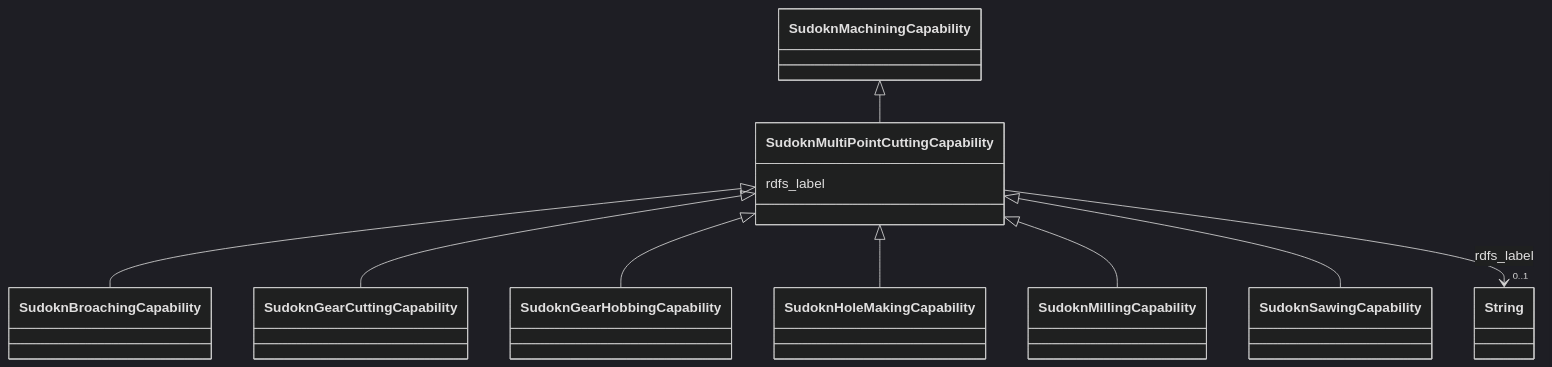
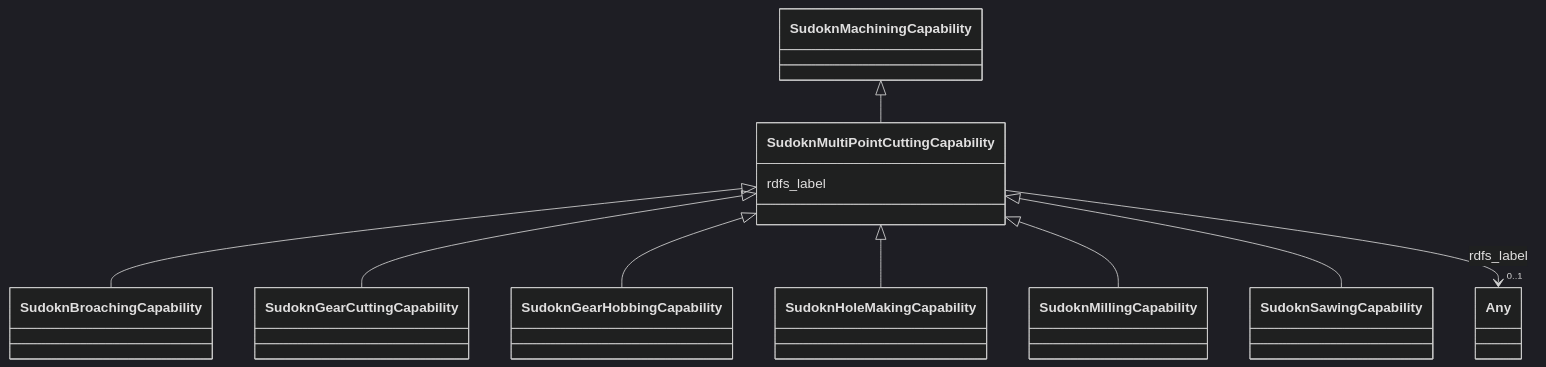
Before and after one commit to frink-okn/graph-descriptions: the diagram in sudokn-kg/classes/SudoknMultiPointCuttingCapability.md, drawn with Mermaid (dark theme). The commit also changed other lines of this file and 903 other files, not shown here.

````diff
--- a/sudokn-kg/classes/SudoknMultiPointCuttingCapability.md
+++ b/sudokn-kg/classes/SudoknMultiPointCuttingCapability.md
@@ -23,33 +16,33 @@
 ```mermaid
  classDiagram
     class SudoknMultiPointCuttingCapability
     click SudoknMultiPointCuttingCapability href "../SudoknMultiPointCuttingCapability"
       SudoknMachiningCapability <|-- SudoknMultiPointCuttingCapability
         click SudoknMachiningCapability href "../SudoknMachiningCapability"
       
 
       SudoknMultiPointCuttingCapability <|-- SudoknBroachingCapability
         click SudoknBroachingCapability href "../SudoknBroachingCapability"
       SudoknMultiPointCuttingCapability <|-- SudoknGearCuttingCapability
         click SudoknGearCuttingCapability href "../SudoknGearCuttingCapability"
       SudoknMultiPointCuttingCapability <|-- SudoknGearHobbingCapability
         click SudoknGearHobbingCapability href "../SudoknGearHobbingCapability"
       SudoknMultiPointCuttingCapability <|-- SudoknHoleMakingCapability
         click SudoknHoleMakingCapability href "../SudoknHoleMakingCapability"
       SudoknMultiPointCuttingCapability <|-- SudoknMillingCapability
         click SudoknMillingCapability href "../SudoknMillingCapability"
       SudoknMultiPointCuttingCapability <|-- SudoknSawingCapability
         click SudoknSawingCapability href "../SudoknSawingCapability"
       
       
       SudoknMultiPointCuttingCapability : rdfs_label
         
           
     
     
-    SudoknMultiPointCuttingCapability --> "0..1" String : rdfs_label
-    click String href "../String"
+    SudoknMultiPointCuttingCapability --> "0..1" Any : rdfs_label
+    click Any href "../Any"
 
         
       
 ```
````
